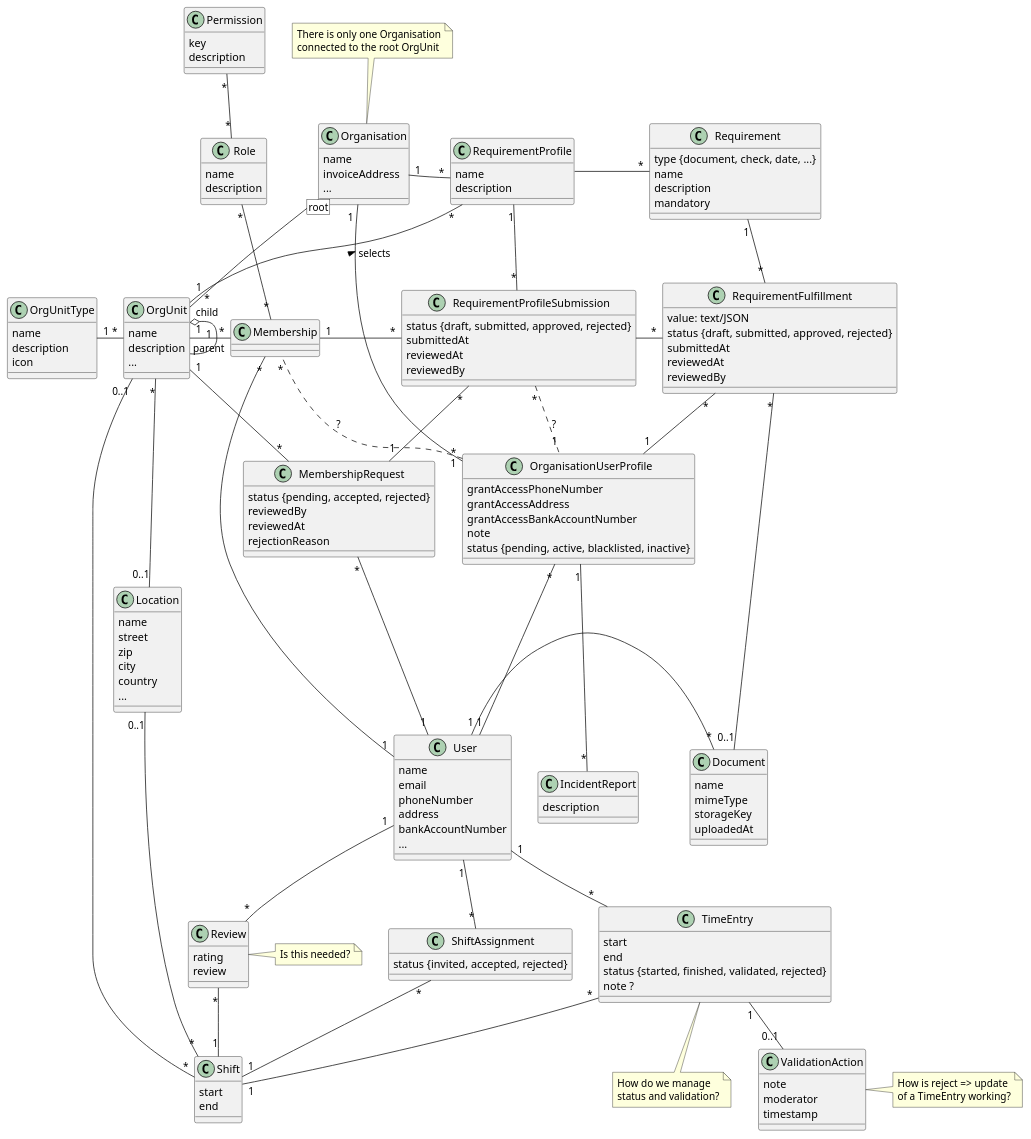
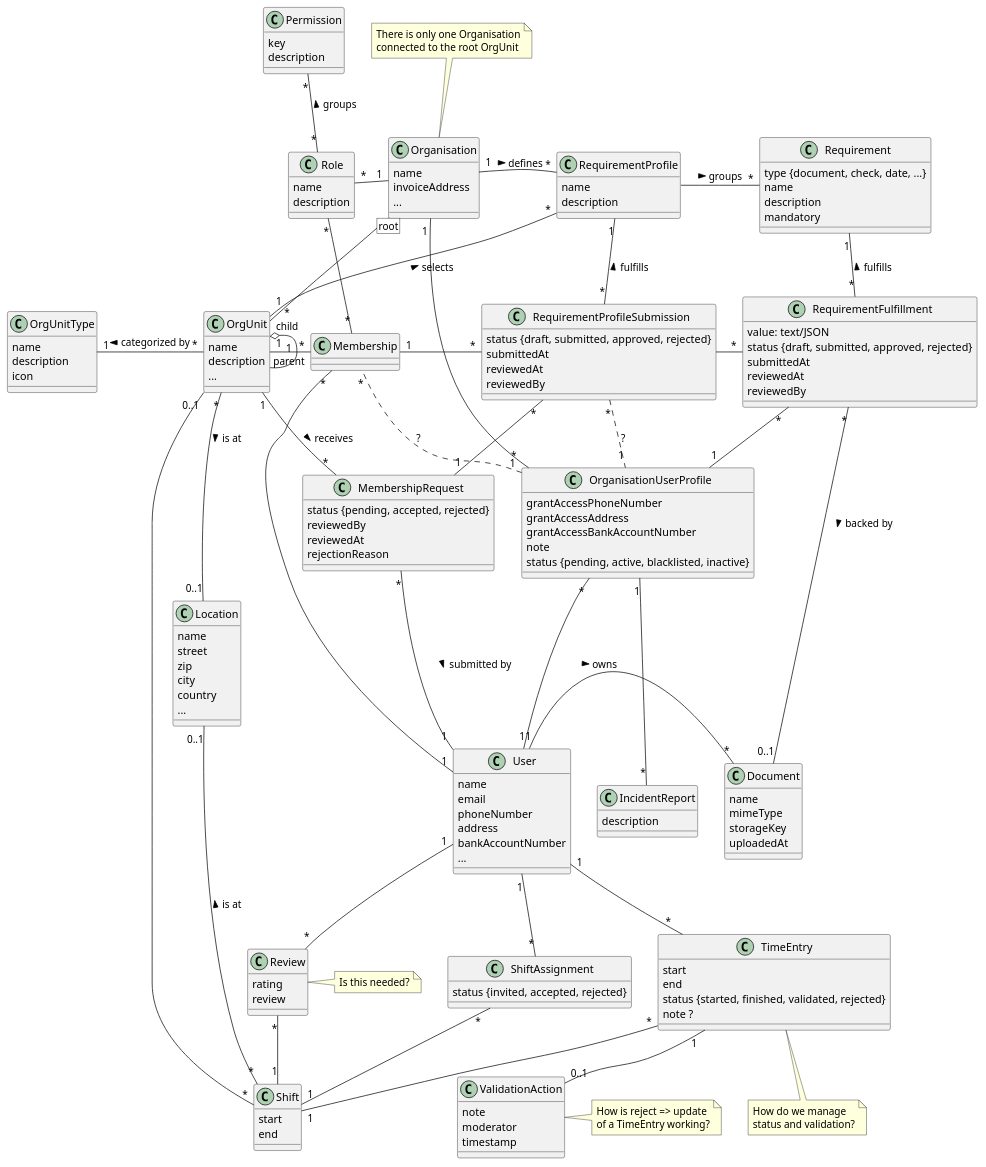
Before and after one commit to holi-social/caluno: the diagram in models/model.plantuml, drawn with PlantUML.

Commit message:
model: extend connections with names

```diff
--- a/models/model.plantuml
+++ b/models/model.plantuml
@@ -1,163 +1,164 @@
 @startuml clippy
 class Organisation {
     name
     invoiceAddress
     ...
 }
 note top: There is only one Organisation\nconnected to the root OrgUnit
 class OrgUnit {
     name
     description
     ...
 }
 class OrgUnitType {
     name
     description
     icon
 }
 class Location {
     name
     street
     zip
     city
     country
     ...
 }
 class User {
     name
     email
     phoneNumber
     address
     bankAccountNumber
     ...
 }
 class OrganisationUserProfile {
     grantAccessPhoneNumber
     grantAccessAddress
     grantAccessBankAccountNumber
     note
     status {pending, active, blacklisted, inactive}
 }
 class IncidentReport {
     description
 }
 class Shift {
     start
     end
 }
 class TimeEntry {
     start
     end
     status {started, finished, validated, rejected}
     note ?
 }
 note bottom: How do we manage\nstatus and validation?
 class Membership {
 }
 class Role {
     name
     description
 }
 class Permission {
     key
     description
 }
 class MembershipRequest {
     status {pending, accepted, rejected}
     reviewedBy
     reviewedAt
     rejectionReason
 }
 class ShiftAssignment {
     status {invited, accepted, rejected}
 }
 class Review {
     rating
     review
 }
 note right: Is this needed?
 class ValidationAction {
     note
     moderator
     timestamp
 }
 note right: How is reject => update\nof a TimeEntry working?
 
 class RequirementProfile {
     name
     description
 }
 class Requirement {
     type {document, check, date, ...}
     name
     description
     mandatory
 }
 class RequirementProfileSubmission {
     status {draft, submitted, approved, rejected}
     submittedAt
     reviewedAt
     reviewedBy
 }
 class RequirementFulfillment {
     value: text/JSON
     status {draft, submitted, approved, rejected}
     submittedAt
     reviewedAt
     reviewedBy
 }
 
 class Document {
     name
     mimeType
     storageKey
     uploadedAt
 }
 
 
 
 Organisation [root] -down- "1" OrgUnit
-OrgUnit "*" -left- "1" OrgUnitType
+OrgUnit "*" -left- "1" OrgUnitType : "categorized by >"
 OrgUnit "*\nchild" o-- "1\nparent" OrgUnit
 OrgUnit "0..1" -- "*" Shift
 
 OrgUnit "1" -right- "*" Membership
 Membership "*" -down- "1" User
 OrganisationUserProfile "1" .. "*" Membership : "?"
 
 Organisation "1" -- "*"OrganisationUserProfile
 OrganisationUserProfile "*" -- "1" User
 
-OrgUnit "1" -down- "*" MembershipRequest
-MembershipRequest "*" -right- "1" User
+OrgUnit "1" -down- "*" MembershipRequest : "receives >"
+MembershipRequest "*" -right- "1" User : "submitted by >"
 
-OrgUnit "*" -- "0..1" Location
-Location "0..1" -- "*" Shift
+OrgUnit "*" -- "0..1" Location : "is at >"
+Location "0..1" -- "*" Shift : "is at <"
 
-Role "*" -up- "*" Permission
+Role "*" -up- "*" Permission : "groups >"
 Role "*" -- "*" Membership
+Organisation "1" -left- "*" Role
 
 OrgUnit -up- "*" RequirementProfile : selects >
-Organisation "1" -right- "*" RequirementProfile
-RequirementProfile -right- "*" Requirement
-User "1" -right- "*" Document
-RequirementFulfillment "*" -down- "0..1" Document
+Organisation "1" -right- "*" RequirementProfile : "defines >"
+RequirementProfile -right- "*" Requirement : "groups >"
+User "1" -right- "*" Document : "owns >"
+RequirementFulfillment "*" -down- "0..1" Document : "backed by >"
 Membership "1" -right- "*" RequirementProfileSubmission
 RequirementProfileSubmission -right- "*" RequirementFulfillment
 MembershipRequest "1" -left- "*" RequirementProfileSubmission
-RequirementProfileSubmission "*" -up- "1" RequirementProfile
-RequirementFulfillment "*" -up- "1" Requirement
+RequirementProfileSubmission "*" -up- "1" RequirementProfile : "fulfills >"
+RequirementFulfillment "*" -up- "1" Requirement : "fulfills >"
 RequirementFulfillment "*" -- "1" OrganisationUserProfile
 RequirementProfileSubmission "*" .. "1" OrganisationUserProfile : "?"
 
 OrganisationUserProfile "1" -- "*" IncidentReport
 
 ShiftAssignment "*" -up- "1" User
 Shift "1" -up- "*" ShiftAssignment
 Review "*" -up- "1" User
 Shift "1" -up- "*" Review
 TimeEntry "*" -up- "1" User
 TimeEntry "*" -- "1" Shift
 TimeEntry "1" -- "0..1" ValidationAction
 
 @enduml
```
